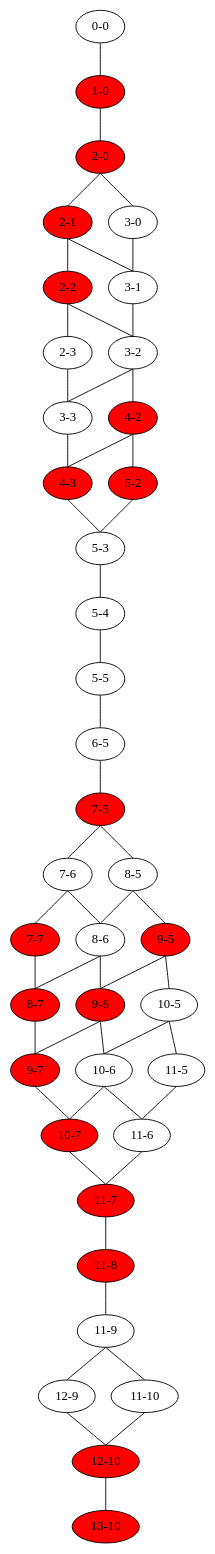
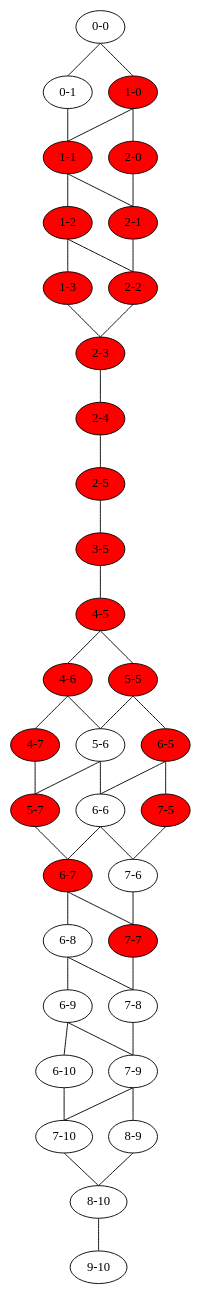
One commit to robzenn92/distributedAlgorithms changed the diagram in out/latticeWithVar.dot. Above: the diagram before and after it, drawn with Graphviz. The commit also changed 12 other files, not shown here.

```diff
--- a/out/latticeWithVar.dot
+++ b/out/latticeWithVar.dot
@@ -1,131 +1,115 @@
 digraph item_set {
 
 // set edge attribute
 edge [dir = none tailport = "s" headport = "n"]
 splines=false
 
 // the 1o layer
 0 [label = "0-0"];
 
 // the 2o layer
+1 [label = "0-1"];
 10 [label = "1-0"];
 
 // the 3o layer
+11 [label = "1-1"];
 20 [label = "2-0"];
 
 // the 4o layer
+12 [label = "1-2"];
 21 [label = "2-1"];
-30 [label = "3-0"];
 
 // the 5o layer
+13 [label = "1-3"];
 22 [label = "2-2"];
-31 [label = "3-1"];
 
 // the 6o layer
 23 [label = "2-3"];
-32 [label = "3-2"];
 
 // the 7o layer
-33 [label = "3-3"];
-42 [label = "4-2"];
+24 [label = "2-4"];
 
 // the 8o layer
-43 [label = "4-3"];
-52 [label = "5-2"];
+25 [label = "2-5"];
 
 // the 9o layer
-53 [label = "5-3"];
+35 [label = "3-5"];
 
 // the 10o layer
-54 [label = "5-4"];
+45 [label = "4-5"];
 
 // the 11o layer
+46 [label = "4-6"];
 55 [label = "5-5"];
 
 // the 12o layer
+47 [label = "4-7"];
+56 [label = "5-6"];
 65 [label = "6-5"];
 
 // the 13o layer
+57 [label = "5-7"];
+66 [label = "6-6"];
 75 [label = "7-5"];
 
 // the 14o layer
+67 [label = "6-7"];
 76 [label = "7-6"];
-85 [label = "8-5"];
 
 // the 15o layer
+68 [label = "6-8"];
 77 [label = "7-7"];
-86 [label = "8-6"];
-95 [label = "9-5"];
 
 // the 16o layer
-87 [label = "8-7"];
-96 [label = "9-6"];
-105 [label = "10-5"];
+69 [label = "6-9"];
+78 [label = "7-8"];
 
 // the 17o layer
-97 [label = "9-7"];
-106 [label = "10-6"];
-115 [label = "11-5"];
+79 [label = "7-9"];
+610 [label = "6-10"];
 
 // the 18o layer
-107 [label = "10-7"];
-116 [label = "11-6"];
+89 [label = "8-9"];
+710 [label = "7-10"];
 
 // the 19o layer
-117 [label = "11-7"];
+810 [label = "8-10"];
 
 // the 20o layer
-118 [label = "11-8"];
+910 [label = "9-10"];
 
-// the 21o layer
-119 [label = "11-9"];
-
-// the 22o layer
-129 [label = "12-9"];
-1110 [label = "11-10"];
-
-// the 23o layer
-1210 [label = "12-10"];
-
-// the 24o layer
-1310 [label = "13-10"];
-
-0 -> {10}
-10 -> {20}
-20 -> {30,21}
-21 -> {31,22}
-22 -> {32,23}
-23 -> {33}
-30 -> {31}
-31 -> {32}
-32 -> {42,33}
-33 -> {43}
-42 -> {52,43}
-43 -> {53}
-52 -> {53}
-53 -> {54}
-54 -> {55}
-55 -> {65}
-65 -> {75}
-75 -> {85,76}
-76 -> {86,77}
-77 -> {87}
-85 -> {95,86}
-86 -> {96,87}
-87 -> {97}
-95 -> {105,96}
-96 -> {106,97}
-97 -> {107}
-105 -> {115,106}
-106 -> {116,107}
-107 -> {117}
-115 -> {116}
-116 -> {117}
-117 -> {118}
-118 -> {119}
-119 -> {129,1110}
-129 -> {1210}
-1110 -> {1210}
-1210 -> {1310}
-10,20,21,22,42,43,52,75,77,87,95,96,97,107,117,118,1210,1310[style=filled fillcolor="red"]
+0 -> {10,1}
+1 -> {11}
+10 -> {20,11}
+11 -> {21,12}
+12 -> {22,13}
+13 -> {23}
+20 -> {21}
+21 -> {22}
+22 -> {23}
+23 -> {24}
+24 -> {25}
+25 -> {35}
+35 -> {45}
+45 -> {55,46}
+46 -> {56,47}
+47 -> {57}
+55 -> {65,56}
+56 -> {66,57}
+57 -> {67}
+65 -> {75,66}
+66 -> {76,67}
+67 -> {77,68}
+68 -> {78,69}
+69 -> {79,610}
+75 -> {76}
+76 -> {77}
+77 -> {78}
+78 -> {79}
+79 -> {89,710}
+89 -> {810}
+610 -> {710}
+710 -> {810}
+810 -> {910}
+10,11,12,13,20,21,22,23,24,25,35,45,46,47,55,57,65,67,75,77[style=filled fillcolor="red"]
 }
```
